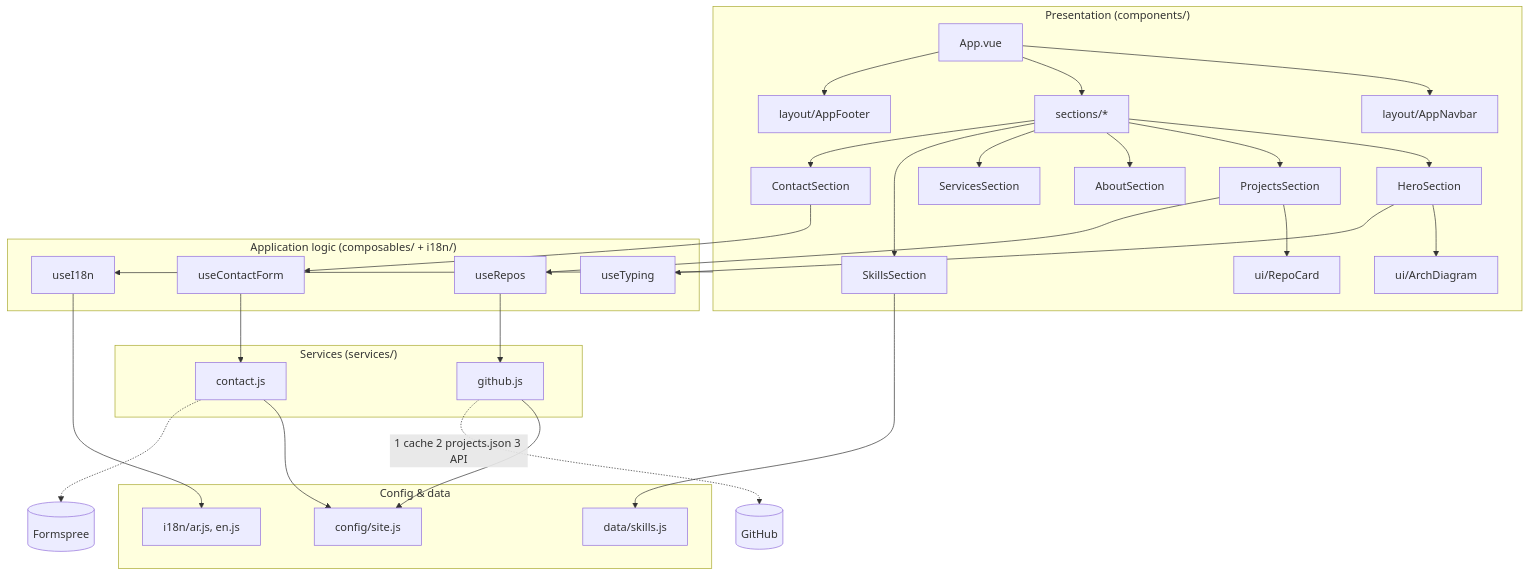
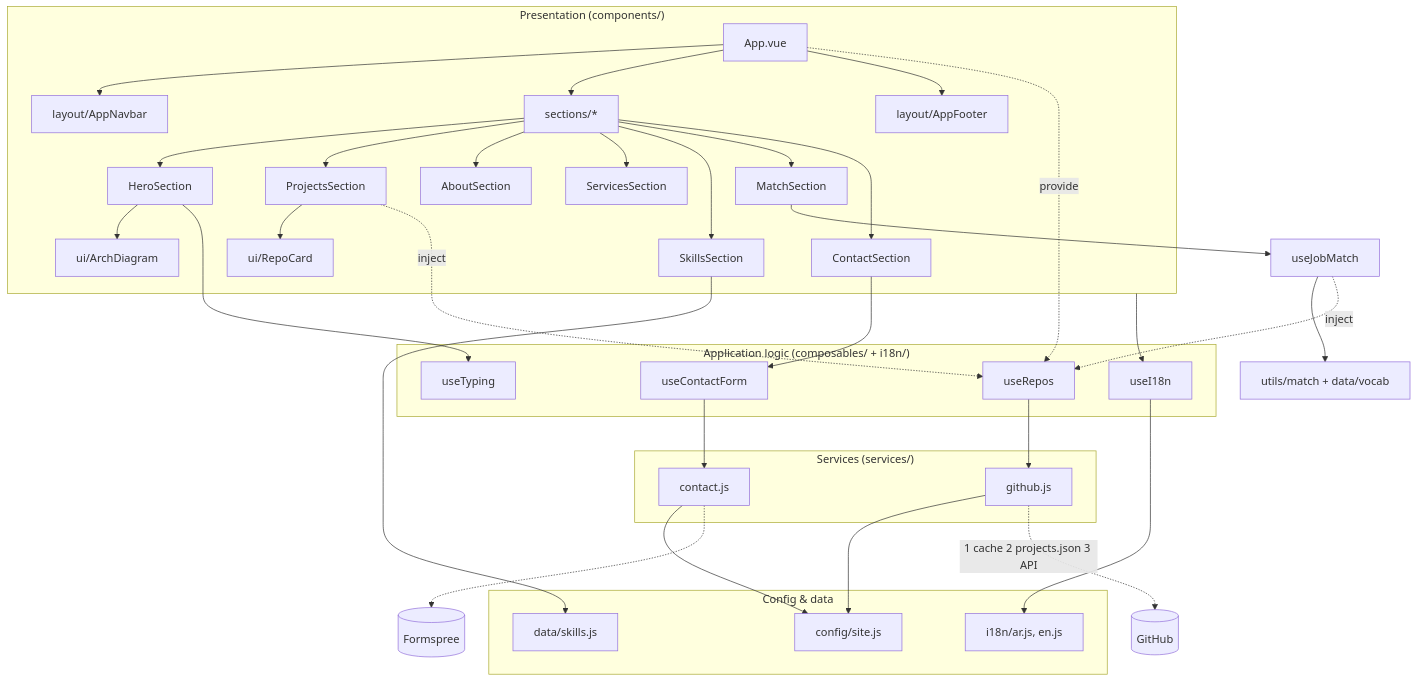
One commit to MohmedAlamen/portfolio changed the diagram in docs/ARCHITECTURE.md. Above: the diagram before and after it, drawn with Mermaid. The commit also changed other lines of this file and 11 other files, not shown here.

````diff
--- a/docs/ARCHITECTURE.md
+++ b/docs/ARCHITECTURE.md
@@ -10,32 +10,37 @@
 ```mermaid
 flowchart TD
   subgraph UI["Presentation (components/)"]
     APP[App.vue] --> NAV[layout/AppNavbar]
     APP --> SEC[sections/*]
     APP --> FOOT[layout/AppFooter]
     SEC --> HERO[HeroSection] --> ARCH[ui/ArchDiagram]
     SEC --> PROJ[ProjectsSection] --> CARD[ui/RepoCard]
     SEC --> ABOUT[AboutSection]
     SEC --> SERV[ServicesSection]
     SEC --> SKILL[SkillsSection]
+    SEC --> MATCH[MatchSection]
     SEC --> CONT[ContactSection]
   end
   subgraph LOGIC["Application logic (composables/ + i18n/)"]
     UR[useRepos]; UT[useTyping]; UC[useContactForm]; UI18[useI18n]
   end
   subgraph IO["Services (services/)"]
     GH[github.js]; CT[contact.js]
   end
   subgraph DATA["Config & data"]
     CFG[config/site.js]; TXT[i18n/ar.js, en.js]; SK[data/skills.js]
   end
-  PROJ --> UR --> GH
+  APP -. provide .-> UR
+  PROJ -. inject .-> UR
+  MATCH --> UJ[useJobMatch] --> MU[utils/match + data/vocab]
+  UJ -. inject .-> UR
+  UR --> GH
   HERO --> UT
   CONT --> UC --> CT
   UI --> UI18 --> TXT
   SKILL --> SK
   GH --> CFG
   CT --> CFG
   GH -.->|1 cache 2 projects.json 3 API| EXT[(GitHub)]
   CT -.-> FS[(Formspree)]
 ```
````
